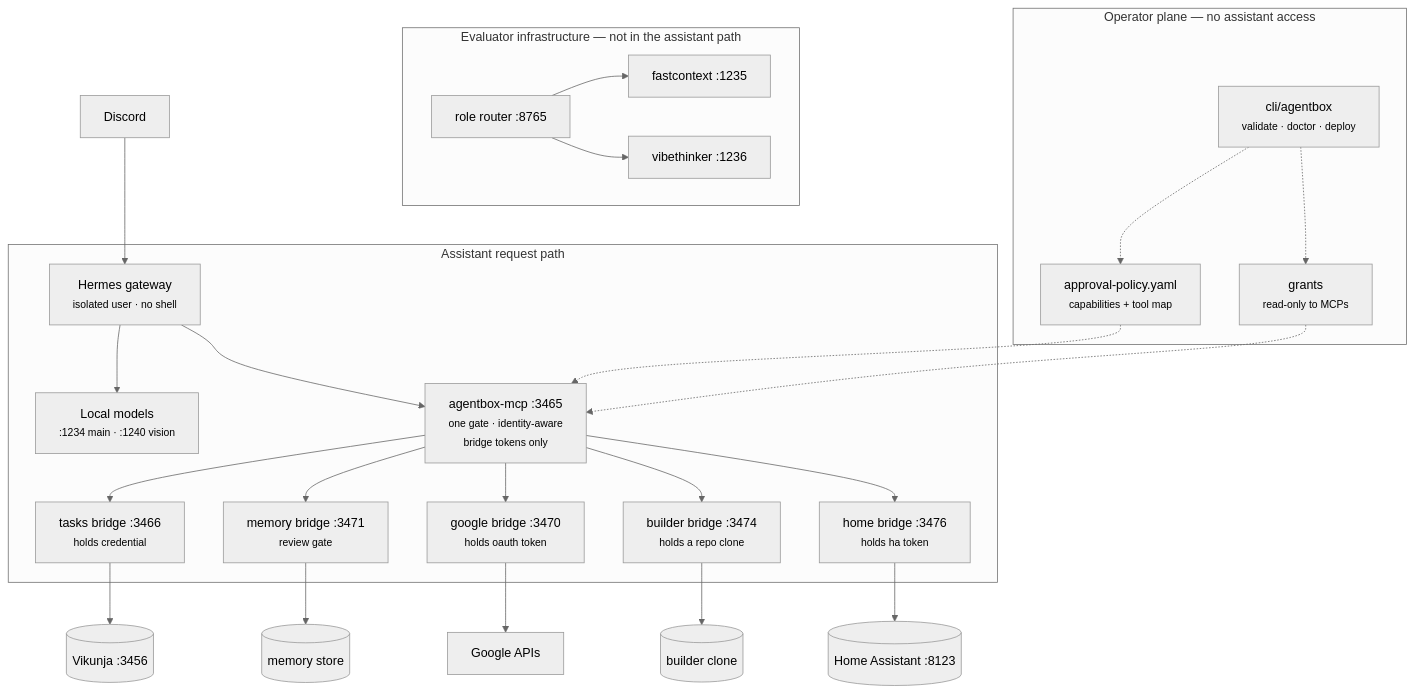
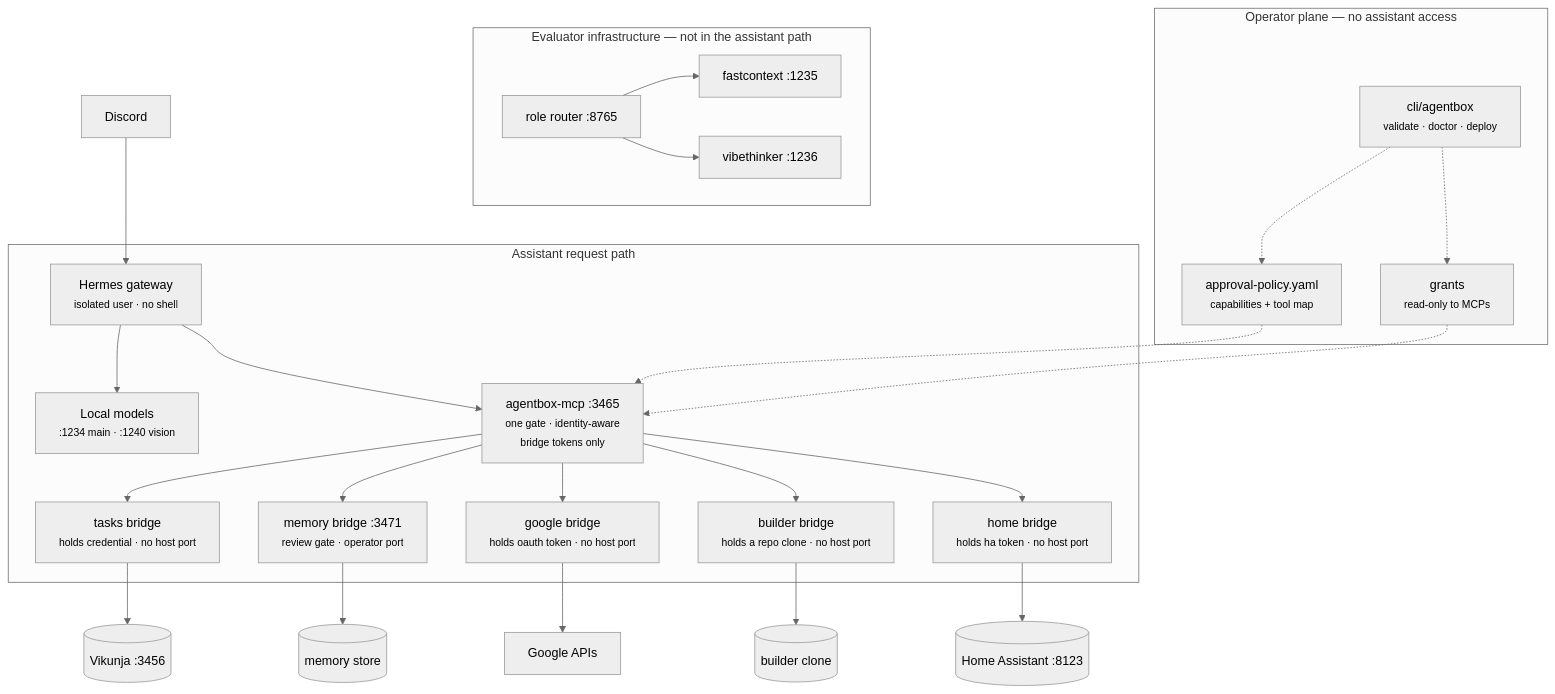
The diagram in docs/architecture.md (fstubner/agentbox), drawn with Mermaid (neutral theme) before and after one commit. The commit also changed other lines of this file and 12 other files, not shown here.

````diff
--- a/docs/architecture.md
+++ b/docs/architecture.md
@@ -7,37 +7,37 @@
 ```mermaid
 flowchart TD
     discord[Discord] --> gw
 
     subgraph assistant[Assistant request path]
         gw["Hermes gateway<br/><small>isolated user · no shell</small>"]
         gw --> models["Local models<br/><small>:1234 main · :1240 vision</small>"]
         gw --> amcp["agentbox-mcp :3465<br/><small>one gate · identity-aware<br/>bridge tokens only</small>"]
-        amcp --> tbr["tasks bridge :3466<br/><small>holds credential</small>"]
-        amcp --> mbr["memory bridge :3471<br/><small>review gate</small>"]
-        amcp --> gbr["google bridge :3470<br/><small>holds oauth token</small>"]
-        amcp --> bbr["builder bridge :3474<br/><small>holds a repo clone</small>"]
-        amcp --> hbr["home bridge :3476<br/><small>holds ha token</small>"]
+        amcp --> tbr["tasks bridge<br/><small>holds credential · no host port</small>"]
+        amcp --> mbr["memory bridge :3471<br/><small>review gate · operator port</small>"]
+        amcp --> gbr["google bridge<br/><small>holds oauth token · no host port</small>"]
+        amcp --> bbr["builder bridge<br/><small>holds a repo clone · no host port</small>"]
+        amcp --> hbr["home bridge<br/><small>holds ha token · no host port</small>"]
     end
 
     tbr --> vik[(Vikunja :3456)]
     mbr --> mem[(memory store)]
     gbr --> goog[Google APIs]
     bbr --> clone[(builder clone)]
     hbr --> ha[(Home Assistant :8123)]
 
     subgraph evaluator[Evaluator infrastructure — not in the assistant path]
         router["role router :8765"] --> ctx["fastcontext :1235"]
         router --> rsn["vibethinker :1236"]
     end
 
     subgraph operator[Operator plane — no assistant access]
         cli["cli/agentbox<br/><small>validate · doctor · deploy</small>"]
         pol["approval-policy.yaml<br/><small>capabilities + tool map</small>"]
         grant["grants<br/><small>read-only to MCPs</small>"]
     end
 
     cli -.-> pol
     cli -.-> grant
     pol -.-> amcp
     grant -.-> amcp
 ```
````
